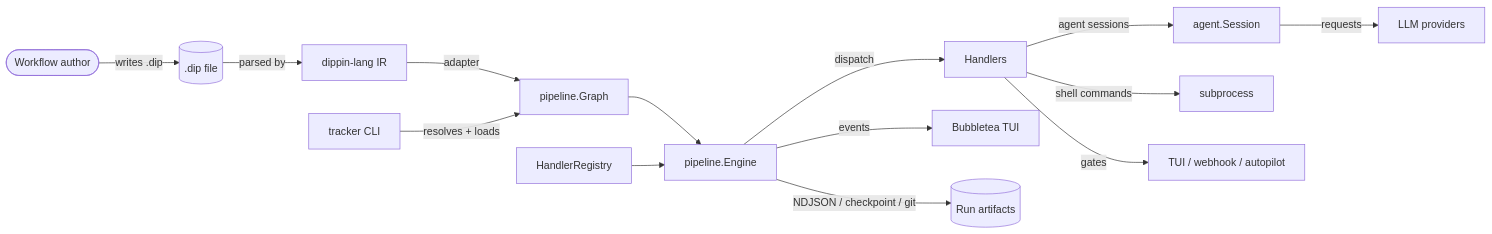
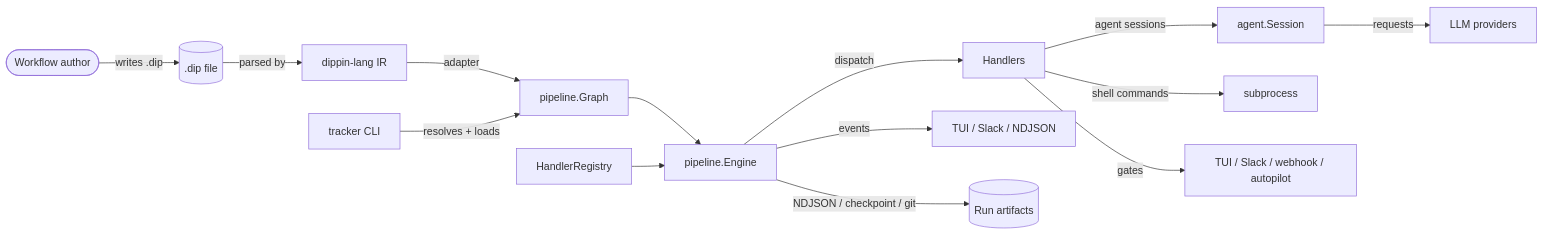
The first of 3 diagrams in ARCHITECTURE.md (2389-research/tracker), drawn with Mermaid before and after one commit. The commit also changed other lines of this file and 4 other files, not shown here.

First line of the commit message:
docs: transport-boundary architecture page + front-end pointers

````diff
--- a/ARCHITECTURE.md
+++ b/ARCHITECTURE.md
@@ -19,16 +19,16 @@
 ```mermaid
 flowchart LR
     author([Workflow author]) -->|writes .dip| dip[(.dip file)]
     dip -->|parsed by| dippin[dippin-lang IR]
     dippin -->|adapter| graphNode[pipeline.Graph]
     cli[tracker CLI] -->|resolves + loads| graphNode
     graphNode --> engine[pipeline.Engine]
     registry[HandlerRegistry] --> engine
     engine -->|dispatch| handlers[Handlers]
     handlers -->|agent sessions| agentNode[agent.Session]
     agentNode -->|requests| llm[LLM providers]
     handlers -->|shell commands| shell[subprocess]
-    handlers -->|gates| gate[TUI / webhook / autopilot]
-    engine -->|events| tui[Bubbletea TUI]
+    handlers -->|gates| gate[TUI / Slack / webhook / autopilot]
+    engine -->|events| tui[TUI / Slack / NDJSON]
     engine -->|NDJSON / checkpoint / git| artifacts[(Run artifacts)]
 ```
````
